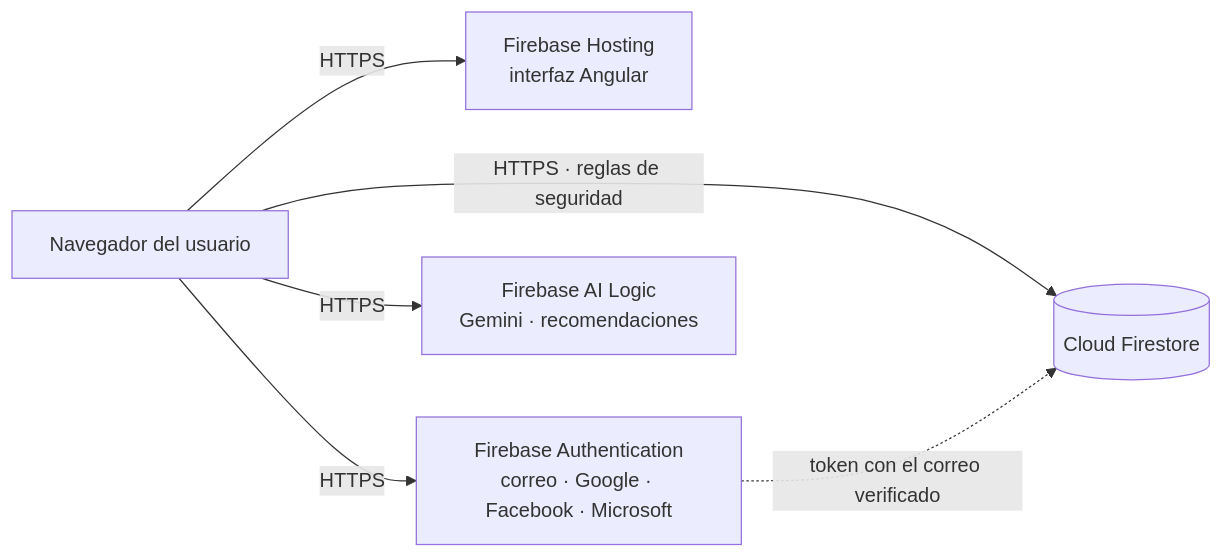
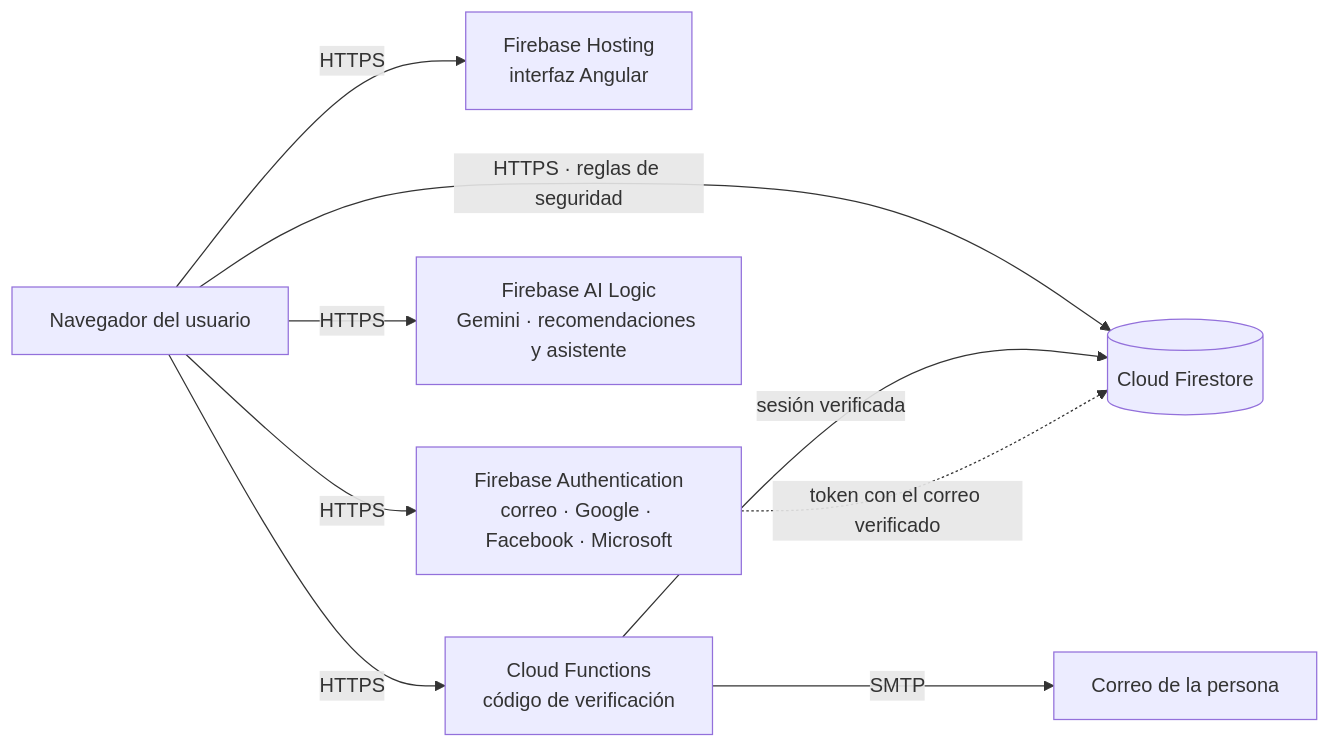
The diagram in docs/DESPLIEGUE.md (98765432100123456/Aplicacion-a-la-inteligencia-artificial-), drawn with Mermaid before and after one commit. The commit also changed other lines of this file and 67 other files, not shown here.

First line of the commit message:
Asistente Clara, verificación en dos pasos por correo y sitio público seguro

````diff
--- a/docs/DESPLIEGUE.md
+++ b/docs/DESPLIEGUE.md
@@ -12,8 +12,11 @@
 ```mermaid
 flowchart LR
     U[Navegador del usuario] -->|HTTPS| H[Firebase Hosting<br/>interfaz Angular]
     U -->|HTTPS| A[Firebase Authentication<br/>correo · Google · Facebook · Microsoft]
     U -->|HTTPS · reglas de seguridad| F[(Cloud Firestore)]
-    U -->|HTTPS| IA[Firebase AI Logic<br/>Gemini · recomendaciones]
+    U -->|HTTPS| IA[Firebase AI Logic<br/>Gemini · recomendaciones y asistente]
+    U -->|HTTPS| CF[Cloud Functions<br/>código de verificación]
+    CF -->|SMTP| C[Correo de la persona]
+    CF -->|sesión verificada| F
     A -.->|token con el correo verificado| F
 ```
````
